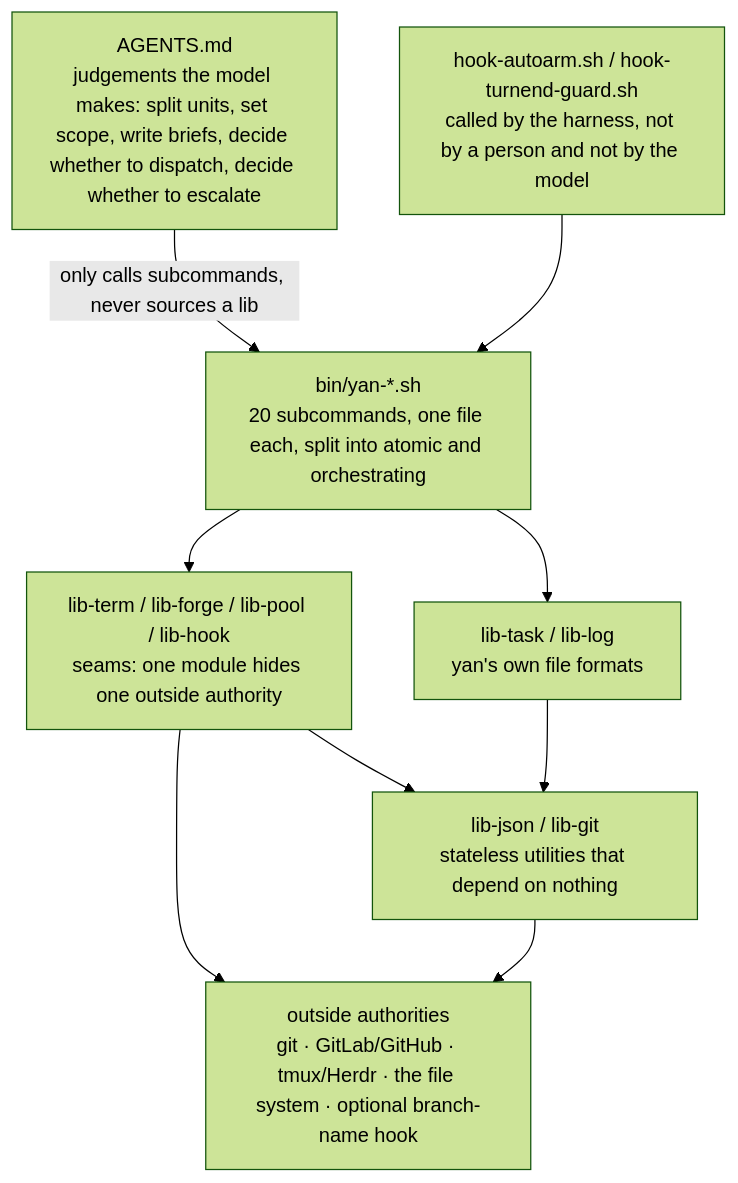
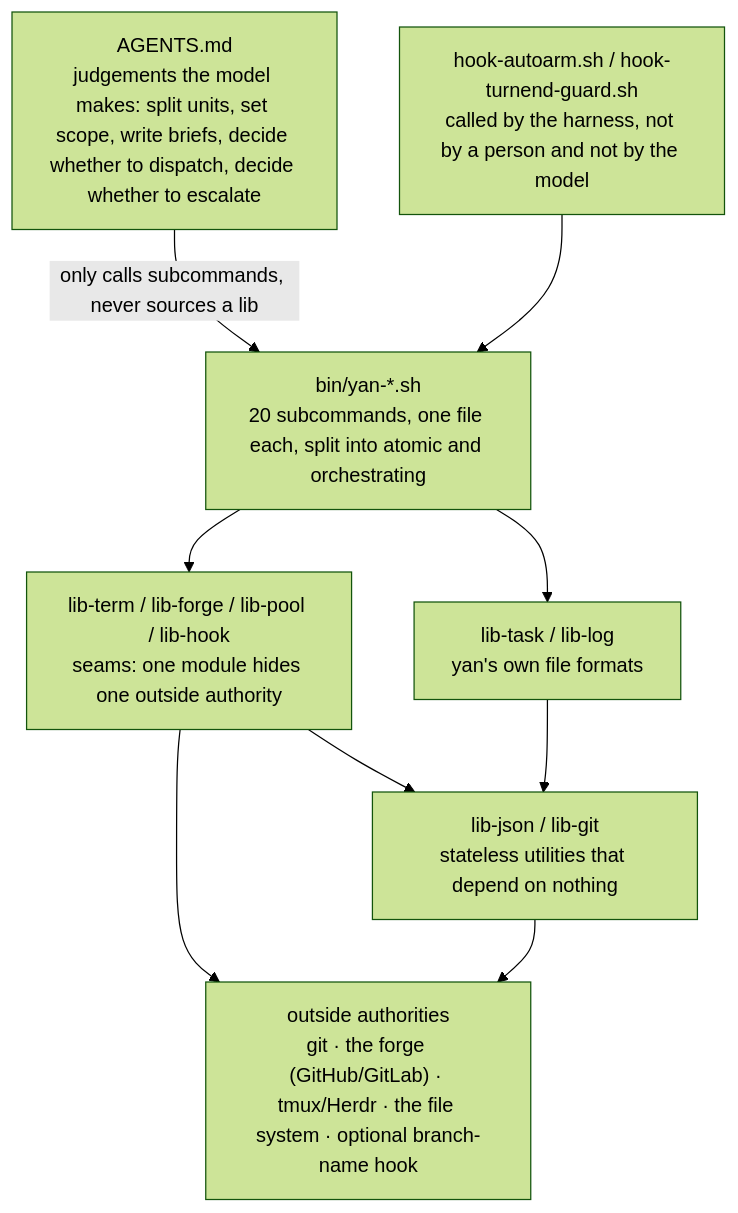
One commit to BoLiDev/Yan changed the diagram in docs/design/architecture.md. Above: the diagram before and after it, drawn with Mermaid (forest theme). The commit also changed other lines of this file and 11 other files, not shown here.

````diff
--- a/docs/design/architecture.md
+++ b/docs/design/architecture.md
@@ -23,19 +23,19 @@
 ```mermaid
 graph TD
     A["AGENTS.md<br/>judgements the model makes: split units, set scope, write briefs, decide whether to dispatch, decide whether to escalate"]
     B["bin/yan-*.sh<br/>20 subcommands, one file each, split into atomic and orchestrating"]
     H["hook-autoarm.sh / hook-turnend-guard.sh<br/>called by the harness, not by a person and not by the model"]
     C["lib-term / lib-forge / lib-pool / lib-hook<br/>seams: one module hides one outside authority"]
     D["lib-task / lib-log<br/>yan's own file formats"]
     E["lib-json / lib-git<br/>stateless utilities that depend on nothing"]
-    F["outside authorities<br/>git · GitLab/GitHub · tmux/Herdr · the file system · optional branch-name hook"]
+    F["outside authorities<br/>git · the forge (GitHub/GitLab) · tmux/Herdr · the file system · optional branch-name hook"]
 
     A -->|"only calls subcommands, never sources a lib"| B
     H --> B
     B --> C
     B --> D
     C --> E
     D --> E
     C --> F
     E --> F
 ```
````
